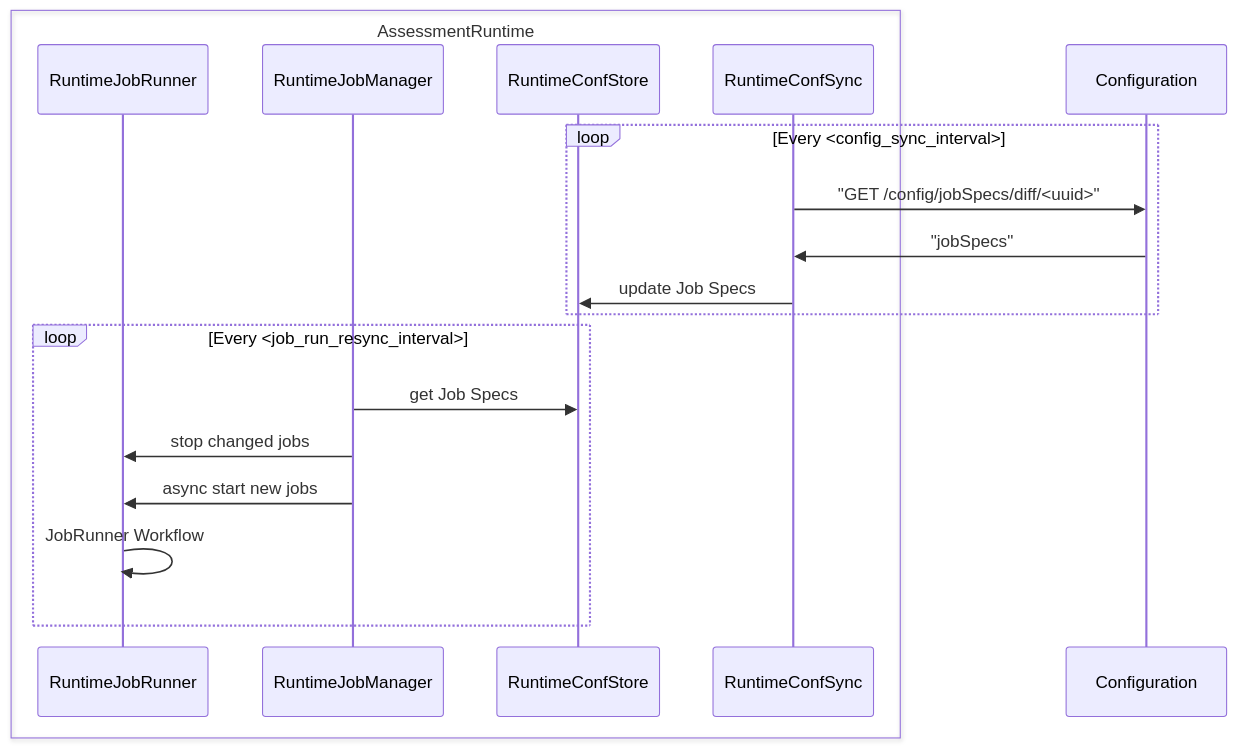
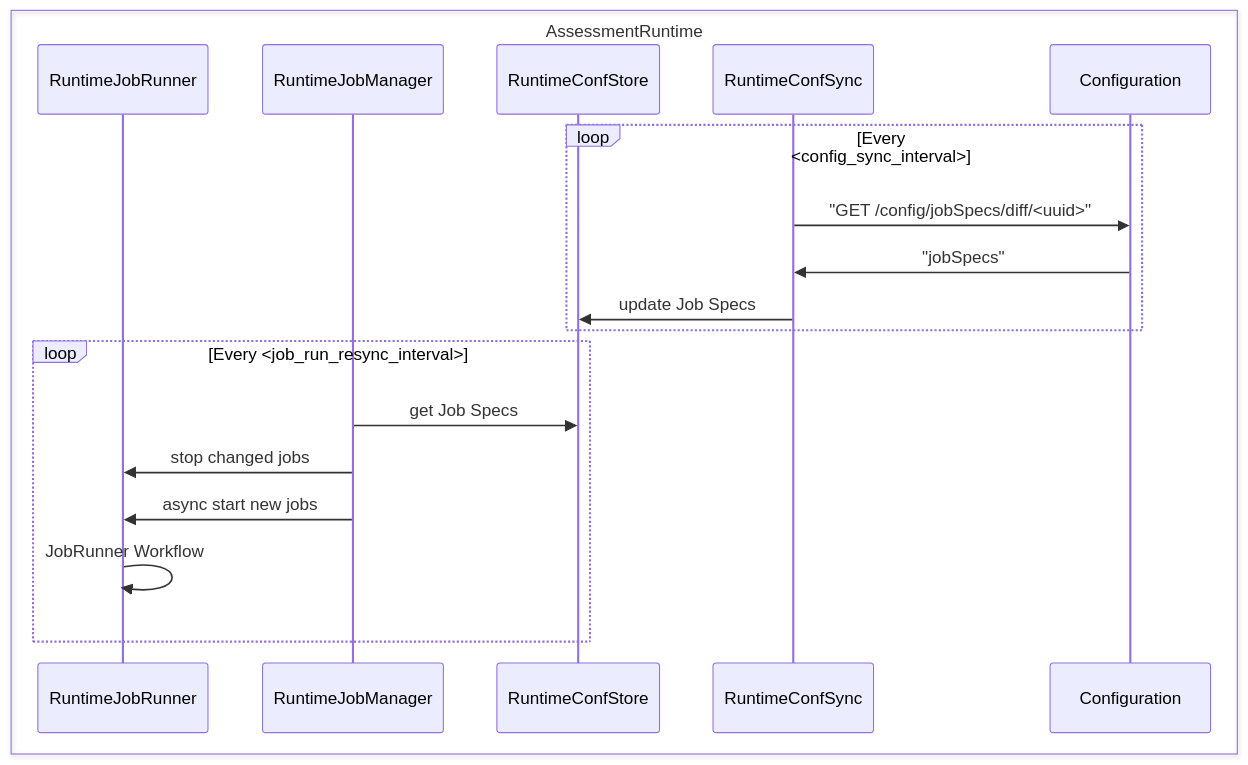
The first of 2 diagrams in docs/architecture/assessment-runtime/job-runner.md (compliance-framework/docs), drawn with Mermaid before and after one commit.

Commit message:
Fixed the sequence diagram

````diff
--- a/docs/architecture/assessment-runtime/job-runner.md
+++ b/docs/architecture/assessment-runtime/job-runner.md
@@ -4,21 +4,22 @@
 ```mermaid
 sequenceDiagram
 box AssessmentRuntime
     participant RuntimeJobRunner
     participant RuntimeJobManager
     participant RuntimeConfStore
     participant RuntimeConfSync
+    participant Configuration
 end
 participant Configuration
     loop Every <config_sync_interval>
     RuntimeConfSync ->> Configuration: "GET /config/jobSpecs/diff/<uuid>"
     Configuration ->> RuntimeConfSync: "jobSpecs"
     RuntimeConfSync ->> RuntimeConfStore: update Job Specs
     end
     loop Every <job_run_resync_interval>
     RuntimeJobManager ->> RuntimeConfStore: get Job Specs
     RuntimeJobManager ->> RuntimeJobRunner: stop changed jobs
     RuntimeJobManager ->> RuntimeJobRunner: async start new jobs
     RuntimeJobRunner ->> RuntimeJobRunner: JobRunner Workflow
     end
 ```
````
